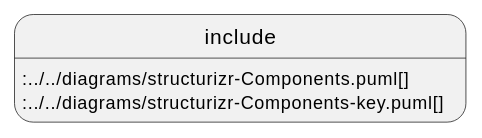
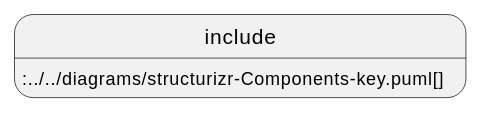
The fourth of 4 diagrams in documentation/src/05_building_block_view.adoc (bitsmuggler/arc42-c4-software-architecture-documentation-example), drawn with PlantUML before and after one commit. The commit also changed other lines of this file and 4 other files, not shown here.

Commit message:
Diagram Legends added

```diff
--- a/documentation/src/05_building_block_view.adoc
+++ b/documentation/src/05_building_block_view.adoc
@@ -76,5 +88,4 @@
 [plantuml, format=png]   
 ....
-include::../../diagrams/structurizr-Components.puml[]
 include::../../diagrams/structurizr-Components-key.puml[]
 ....
```
